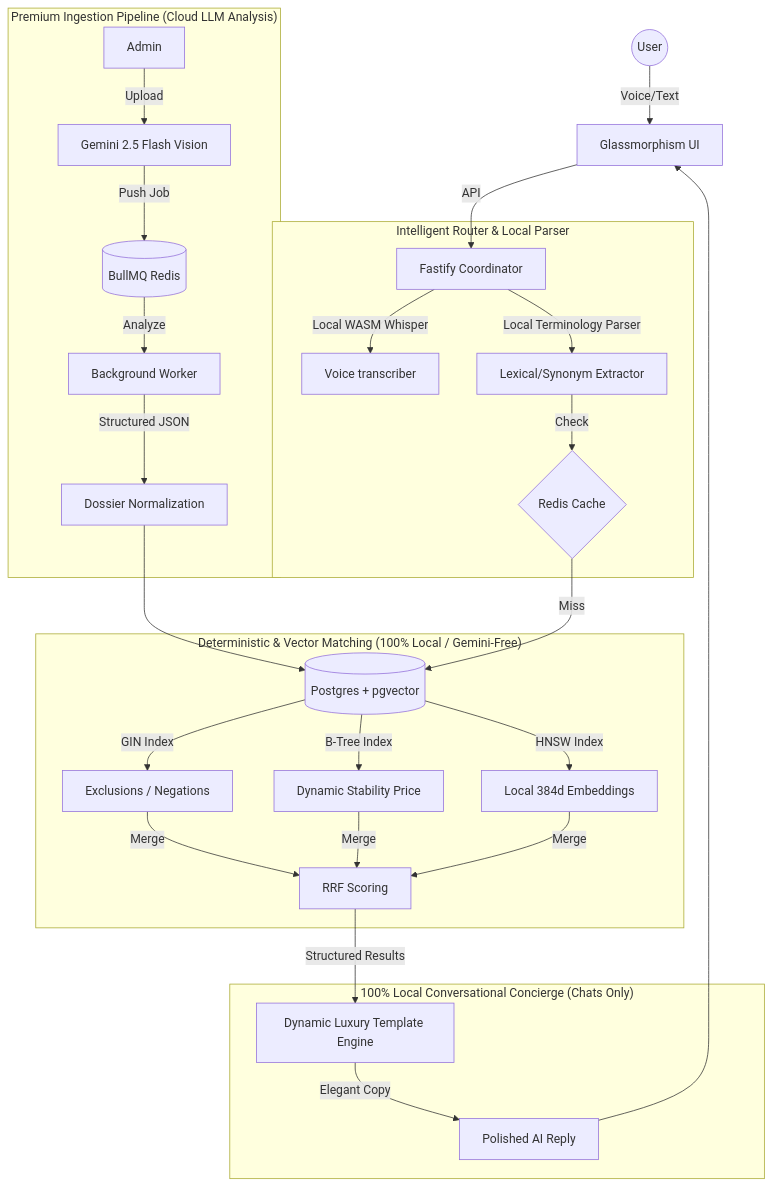
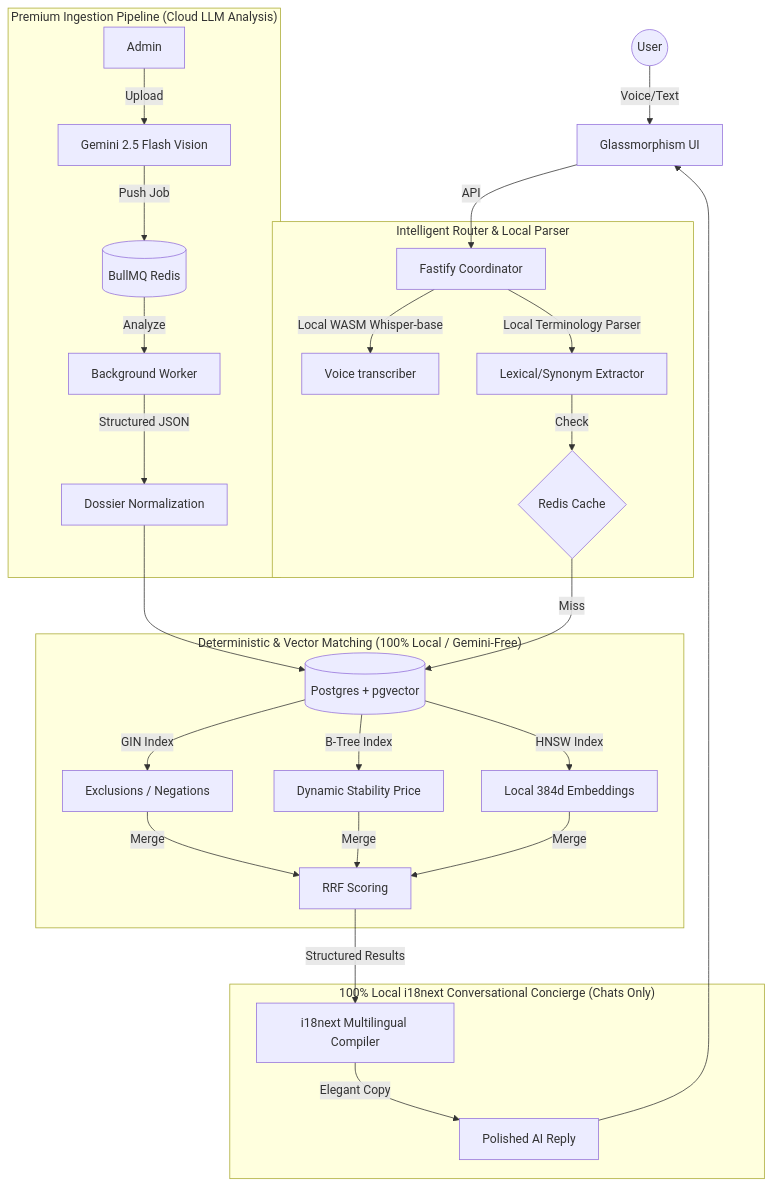
The first of 2 diagrams in README.md (manish-9245/scalable-llm-search), drawn with Mermaid before and after one commit. The commit also changed other lines of this file and 15 other files, not shown here.

Commit message:
feat: integrate i18next local translations and upgrade ASR voice pipeline to whisper-base

````diff
--- a/README.md
+++ b/README.md
@@ -32,36 +33,36 @@
 ```mermaid
 graph TD
     User((User)) -->|Voice/Text| WebUI[Glassmorphism UI]
     WebUI -->|API| Server[Fastify Coordinator]
     
     subgraph "Intelligent Router & Local Parser"
-        Server -->|Local WASM Whisper| Voice[Voice transcriber]
+        Server -->|Local WASM Whisper-base| Voice[Voice transcriber]
         Server -->|Local Terminology Parser| Parser[Lexical/Synonym Extractor]
         Parser -->|Check| Cache{Redis Cache}
     end
 
     subgraph "Deterministic & Vector Matching (100% Local / Gemini-Free)"
         Cache -- Miss --> DB[("Postgres + pgvector")]
         
         DB -->|GIN Index| Exclude[Exclusions / Negations]
         DB -->|B-Tree Index| Price[Dynamic Stability Price]
         DB -->|HNSW Index| Vector[Local 384d Embeddings]
         
         Exclude & Price & Vector -->|Merge| RRF[RRF Scoring]
     end
 
-    subgraph "100% Local Conversational Concierge (Chats Only)"
-        RRF -->|Structured Results| Template[Dynamic Luxury Template Engine]
+    subgraph "100% Local i18next Conversational Concierge (Chats Only)"
+        RRF -->|Structured Results| Template[i18next Multilingual Compiler]
         Template -->|Elegant Copy| Output[Polished AI Reply]
     end
 
     subgraph "Premium Ingestion Pipeline (Cloud LLM Analysis)"
         Admin -->|Upload| GeminiIngest[Gemini 2.5 Flash Vision]
         GeminiIngest -->|Push Job| Queue[(BullMQ Redis)]
         Queue -->|Analyze| Worker[Background Worker]
         Worker -->|Structured JSON| Normalize[Dossier Normalization]
         Normalize --> DB
     end
 
     Output --> WebUI
 ```
````
